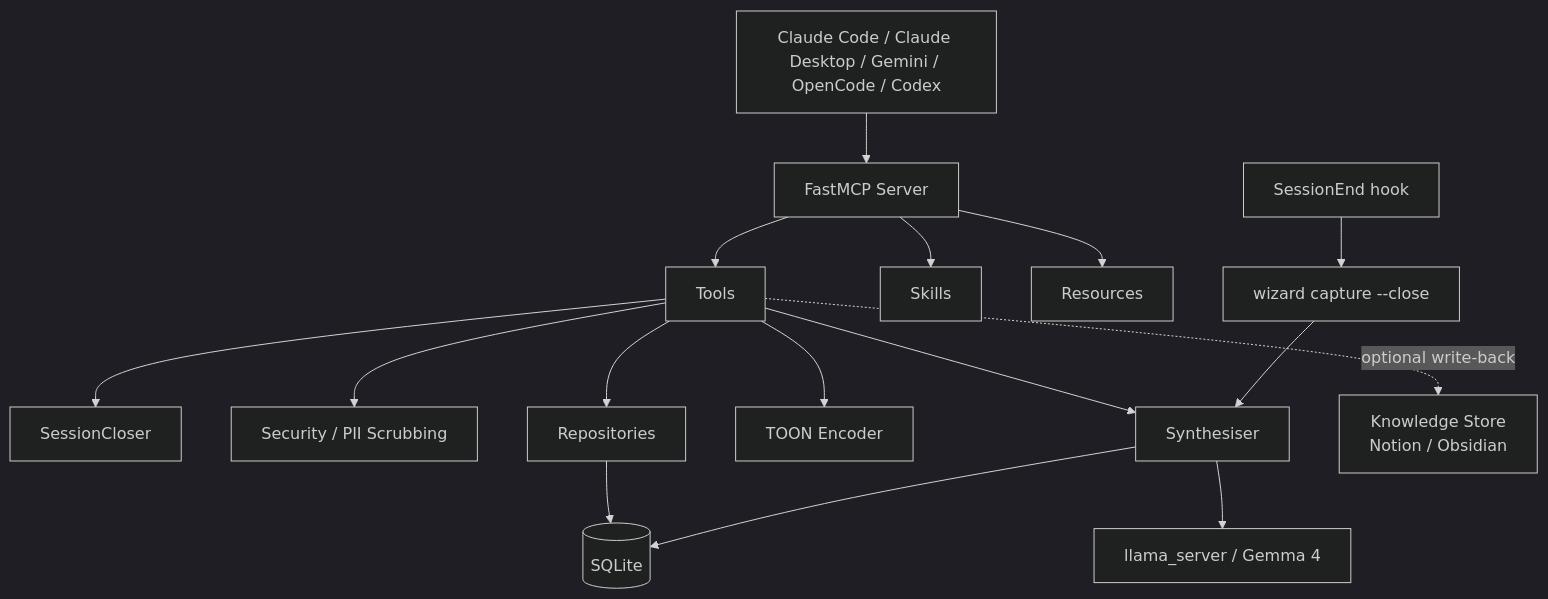
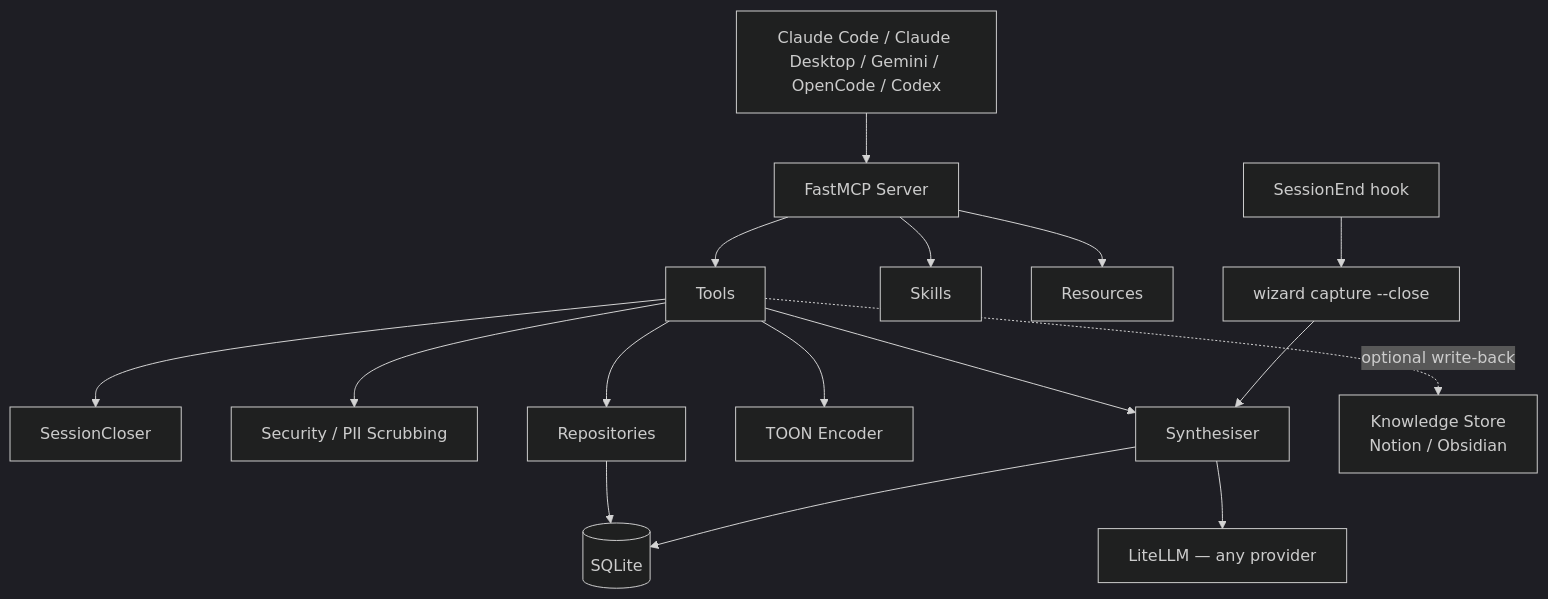
The diagram in README.md (kiran-capoor94/wizard), drawn with Mermaid (dark theme) before and after one commit. The commit also changed other lines of this file and 6 other files, not shown here.

````diff
--- a/README.md
+++ b/README.md
@@ -126,18 +126,18 @@
 ```mermaid
 graph TD
     A[Claude Code / Claude Desktop / Gemini / OpenCode / Codex] --> B[FastMCP Server]
     B --> C[Tools]
     B --> D[Skills]
     B --> E[Resources]
     C --> F[SessionCloser]
     C --> G[Security / PII Scrubbing]
     C --> H[Repositories]
     C --> T[TOON Encoder]
     H --> I[(SQLite)]
     C --> P[Synthesiser]
     N[SessionEnd hook] --> O[wizard capture --close]
     O --> P
-    P --> Q[llama_server / Gemma 4]
+    P --> Q[LiteLLM — any provider]
     P --> I
     C -.->|optional write-back| L[Knowledge Store\nNotion / Obsidian]
 ```
````
